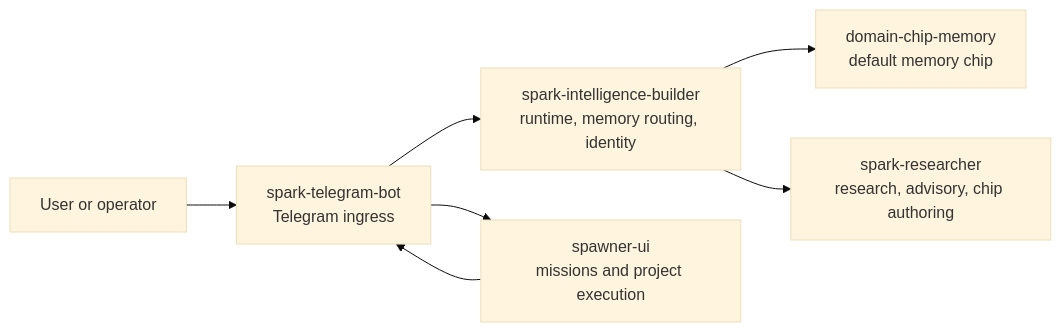
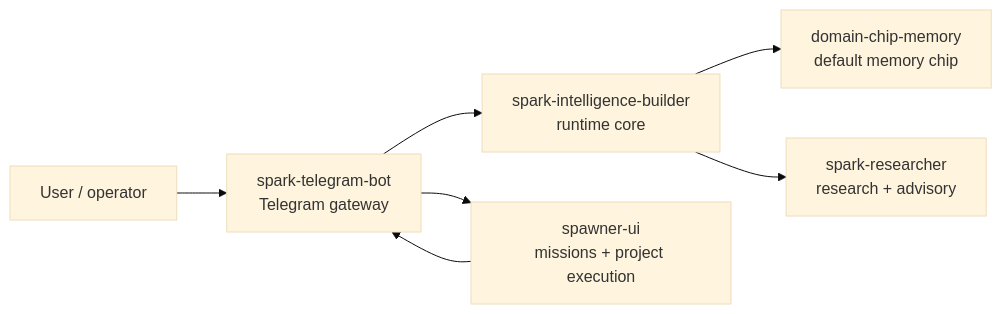
The diagram in README.md (vibeforge1111/spark-intelligence-builder), drawn with Mermaid (base theme) before and after one commit. The commit also changed other lines of this file and 3 other files, not shown here.

````diff
--- a/README.md
+++ b/README.md
@@ -9,9 +9,9 @@
 ```mermaid
 flowchart LR
-  User["User or operator"] --> Telegram["spark-telegram-bot<br/>Telegram ingress"]
-  Telegram --> Builder["spark-intelligence-builder<br/>runtime, memory routing, identity"]
+  User["User / operator"] --> Bot["spark-telegram-bot<br/>Telegram gateway"]
+  Bot --> Builder["spark-intelligence-builder<br/>runtime core"]
   Builder --> Memory["domain-chip-memory<br/>default memory chip"]
-  Builder --> Researcher["spark-researcher<br/>research, advisory, chip authoring"]
-  Telegram --> Spawner["spawner-ui<br/>missions and project execution"]
-  Spawner --> Telegram
+  Builder --> Researcher["spark-researcher<br/>research + advisory"]
+  Bot --> Spawner["spawner-ui<br/>missions + project execution"]
+  Spawner --> Bot
 ```
````
